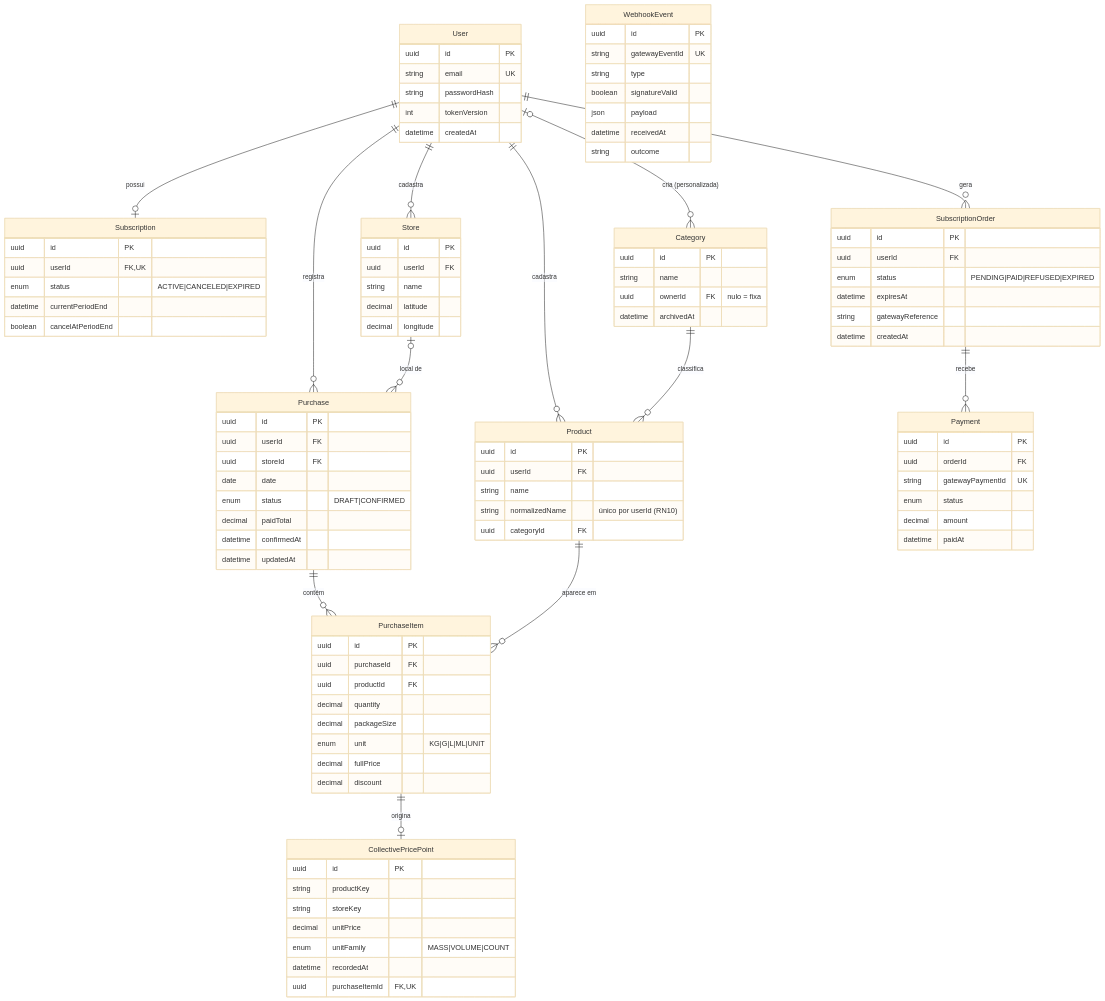
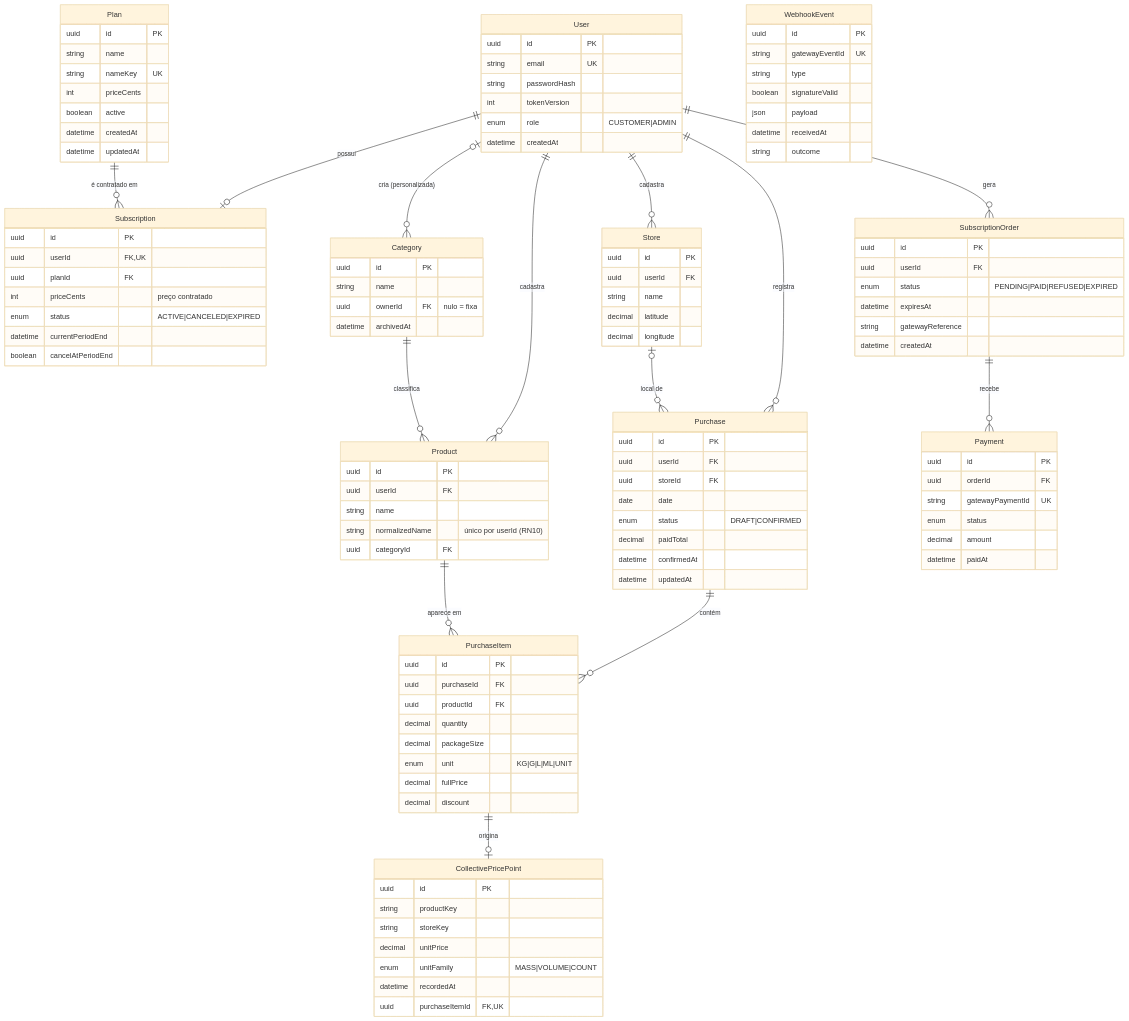
The diagram in docs/architecture.md (FelipeFadel/pyla), drawn with Mermaid (base theme) before and after one commit. The commit also changed other lines of this file and 2 other files, not shown here.

Commit message:
docs: fecha US15 — prd Live, architecture e specs/README (#30)

````diff
--- a/docs/architecture.md
+++ b/docs/architecture.md
@@ -340,6 +347,7 @@
 ```mermaid
 erDiagram
     User ||--o| Subscription : "possui"
+    Plan ||--o{ Subscription : "é contratado em"
     User ||--o{ SubscriptionOrder : "gera"
     User ||--o{ Store : "cadastra"
     User ||--o{ Product : "cadastra"
@@ -357,11 +365,23 @@
         string email UK
         string passwordHash
         int tokenVersion
+        enum role "CUSTOMER|ADMIN"
         datetime createdAt
+    }
+    Plan {
+        uuid id PK
+        string name
+        string nameKey UK
+        int priceCents
+        boolean active
+        datetime createdAt
+        datetime updatedAt
     }
     Subscription {
         uuid id PK
         uuid userId FK, UK
+        uuid planId FK
+        int priceCents "preço contratado"
         enum status "ACTIVE|CANCELED|EXPIRED"
         datetime currentPeriodEnd
         boolean cancelAtPeriodEnd
````
